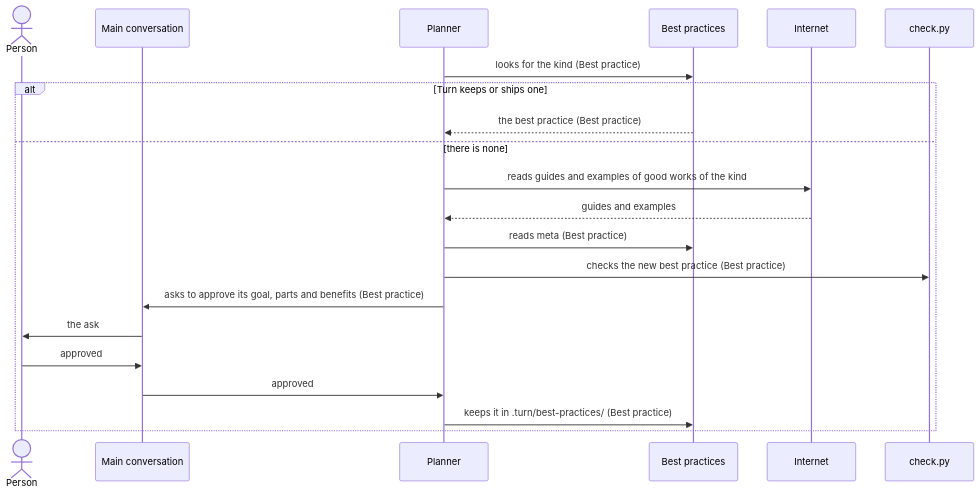
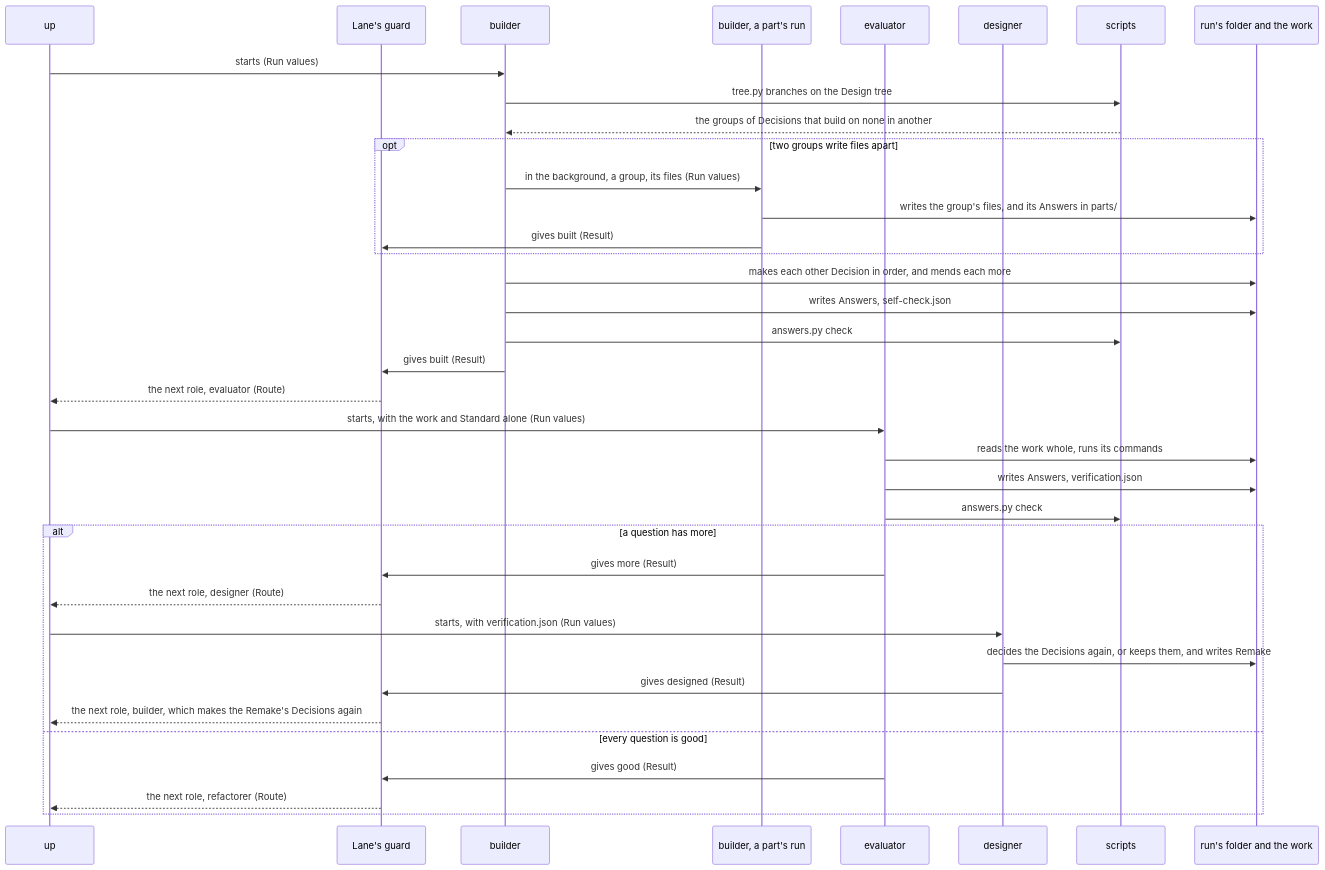
One commit to lovaizu/ccpm changed the fourth of 7 diagrams in dev/turn/architecture.md. Above: the diagram before and after it, drawn with Mermaid. The commit also changed other lines of this file and 2 other files, not shown here.

````diff
--- a/dev/turn/architecture.md
+++ b/dev/turn/architecture.md
@@ -252,23 +389,39 @@
 ```mermaid
 sequenceDiagram
-  actor P as Person
-  participant M as Main conversation
-  participant PL as Planner
-  participant B as Best practices
-  participant I as Internet
-  participant C as check.py
-  PL->>B: looks for the kind (Best practice)
-  alt Turn keeps or ships one
-    B-->>PL: the best practice (Best practice)
-  else there is none
-    PL->>I: reads guides and examples of good works of the kind
-    I-->>PL: guides and examples
-    PL->>B: reads meta (Best practice)
-    PL->>C: checks the new best practice (Best practice)
-    PL->>M: asks to approve its goal, parts and benefits (Best practice)
-    M->>P: the ask
-    P->>M: approved
-    M->>PL: approved
-    PL->>B: keeps it in .turn/best-practices/ (Best practice)
+  participant U as up
+  participant G as Lane's guard
+  participant B as builder
+  participant B2 as builder, a part's run
+  participant E as evaluator
+  participant D as designer
+  participant S as scripts
+  participant F as run's folder and the work
+  U->>B: starts (Run values)
+  B->>S: tree.py branches on the Design tree
+  S-->>B: the groups of Decisions that build on none in another
+  opt two groups write files apart
+    B->>B2: in the background, a group, its files (Run values)
+    B2->>F: writes the group's files, and its Answers in parts/
+    B2->>G: gives built (Result)
+  end
+  B->>F: makes each other Decision in order, and mends each more
+  B->>F: writes Answers, self-check.json
+  B->>S: answers.py check
+  B->>G: gives built (Result)
+  G-->>U: the next role, evaluator (Route)
+  U->>E: starts, with the work and Standard alone (Run values)
+  E->>F: reads the work whole, runs its commands
+  E->>F: writes Answers, verification.json
+  E->>S: answers.py check
+  alt a question has more
+    E->>G: gives more (Result)
+    G-->>U: the next role, designer (Route)
+    U->>D: starts, with verification.json (Run values)
+    D->>F: decides the Decisions again, or keeps them, and writes Remake
+    D->>G: gives designed (Result)
+    G-->>U: the next role, builder, which makes the Remake's Decisions again
+  else every question is good
+    E->>G: gives good (Result)
+    G-->>U: the next role, refactorer (Route)
   end
 ```
````
